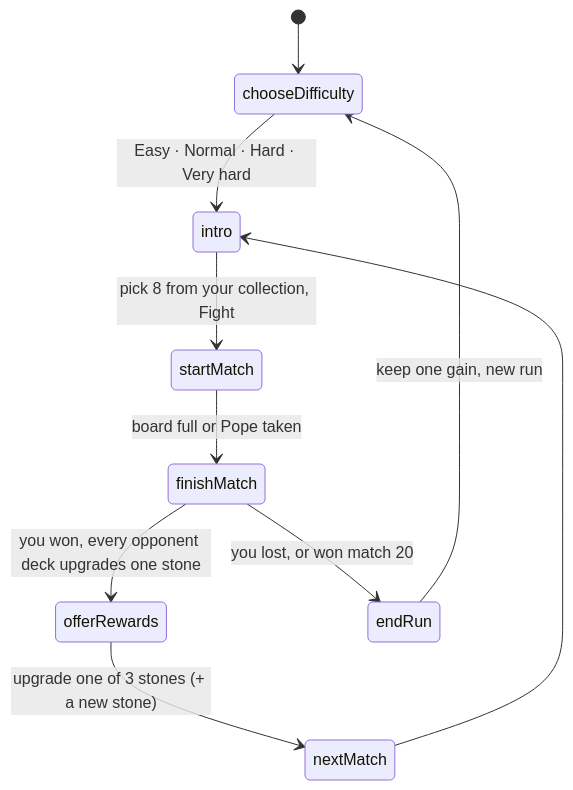
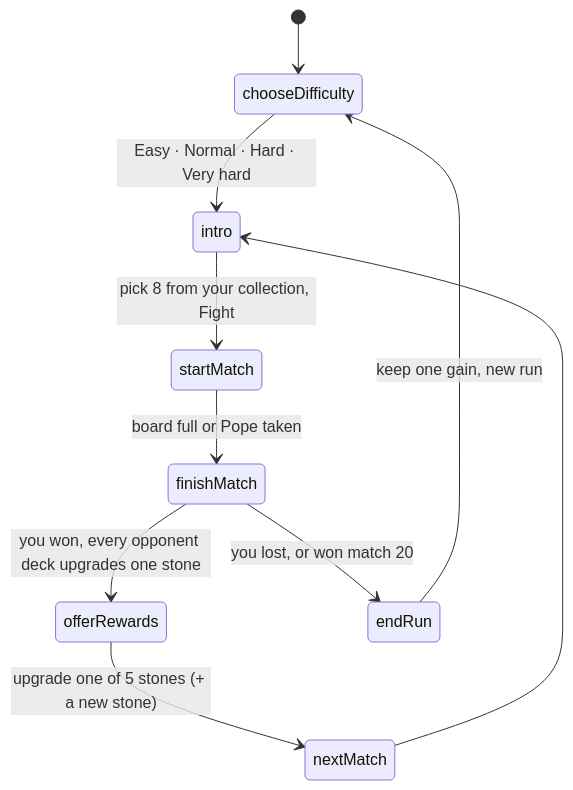
One commit to louisvandenbruwaene/rook-like changed the eighth of 8 diagrams in README.md. Above: the diagram before and after it, drawn with Mermaid. The commit also changed other lines of this file and 3 other files, not shown here.

First line of the commit message:
Rook-like: pick the upgrade from five stones instead of three

````diff
--- a/README.md
+++ b/README.md
@@ -230,12 +230,12 @@
 ```mermaid
 stateDiagram-v2
     [*] --> chooseDifficulty
     chooseDifficulty --> intro : Easy · Normal · Hard · Very hard
     intro --> startMatch : pick 8 from your collection, Fight
     startMatch --> finishMatch : board full or Pope taken
     finishMatch --> offerRewards : you won, every opponent deck upgrades one stone
-    offerRewards --> nextMatch : upgrade one of 3 stones (+ a new stone)
+    offerRewards --> nextMatch : upgrade one of 5 stones (+ a new stone)
     nextMatch --> intro
     finishMatch --> endRun : you lost, or won match 20
     endRun --> chooseDifficulty : keep one gain, new run
 ```
````
